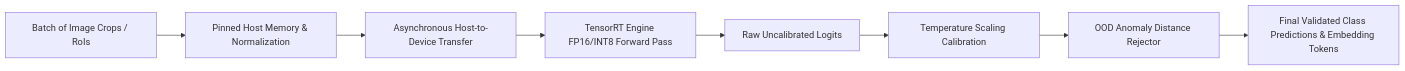
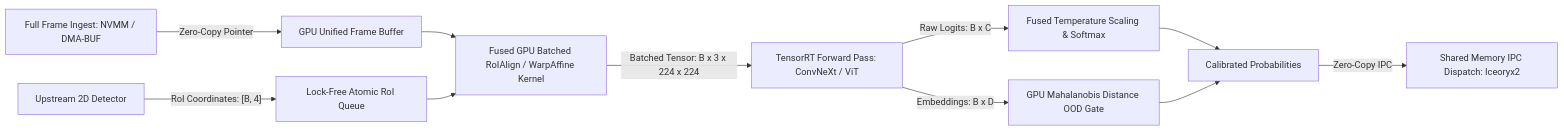
Before and after one commit to sergiomh499/cv-projects: the first of 2 diagrams in topics/object-classification/02-production-pipeline-and-workarounds.md, drawn with Mermaid. The commit also changed other lines of this file and 41 other files, not shown here.

Commit message:
docs(vault): deep expansion across 20 topic production pipelines, 2025-2026 architectures (RF-DETR, Qwen2.5-VL, MambaVision), and complete taxonomy matrices

````diff
--- a/topics/object-classification/02-production-pipeline-and-workarounds.md
+++ b/topics/object-classification/02-production-pipeline-and-workarounds.md
@@ -29,11 +35,13 @@
 ```mermaid
 flowchart LR
-    Ingest["Batch of Image Crops / RoIs"] --> Pinned["Pinned Host Memory & Normalization"]
-    Pinned --> AsyncCopy["Asynchronous Host-to-Device Transfer"]
-    AsyncCopy --> TRT["TensorRT Engine FP16/INT8 Forward Pass"]
-    TRT --> Logits["Raw Uncalibrated Logits"]
-    Logits --> Calib["Temperature Scaling Calibration"]
-    Calib --> Filter["OOD Anomaly Distance Rejector"]
-    Filter --> Out["Final Validated Class Predictions & Embedding Tokens"]
-
+    Sensor["Full Frame Ingest: NVMM / DMA-BUF"] -->|"Zero-Copy Pointer"| VRAM["GPU Unified Frame Buffer"]
+    Detector["Upstream 2D Detector"] -->|"RoI Coordinates: [B, 4]"| RoIQueue["Lock-Free Atomic RoI Queue"]
+    VRAM --> RoIAlign["Fused GPU Batched RoIAlign / WarpAffine Kernel"]
+    RoIQueue --> RoIAlign
+    RoIAlign -->|"Batched Tensor: B x 3 x 224 x 224"| TRT["TensorRT Forward Pass: ConvNeXt / ViT"]
+    TRT -->|"Raw Logits: B x C"| TempScale["Fused Temperature Scaling & Softmax"]
+    TRT -->|"Embeddings: B x D"| Mahalanobis["GPU Mahalanobis Distance OOD Gate"]
+    TempScale --> Output["Calibrated Probabilities"]
+    Mahalanobis --> Output
+    Output -->|"Zero-Copy IPC"| Publisher["Shared Memory IPC Dispatch: Iceoryx2"]
 ```
````
